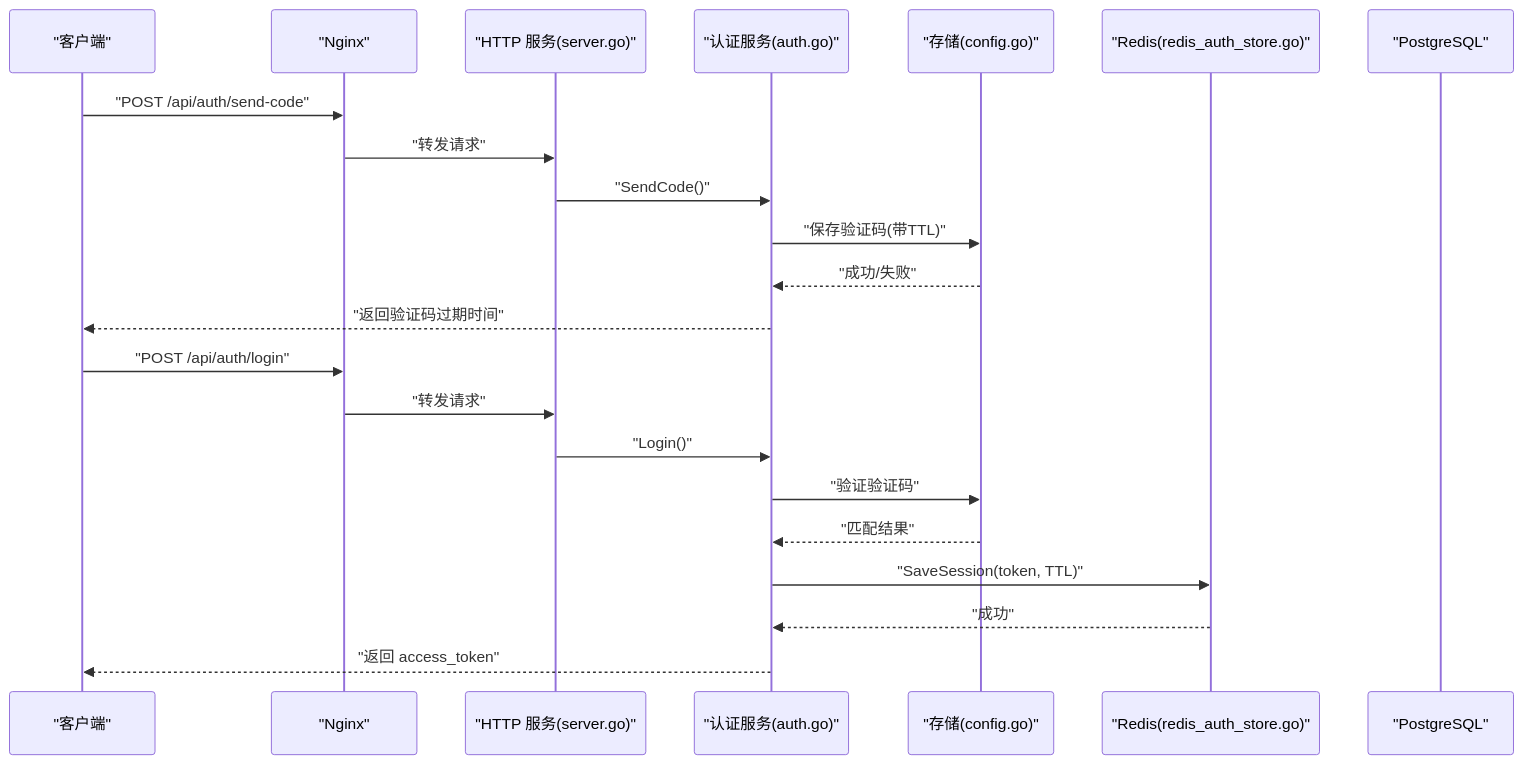
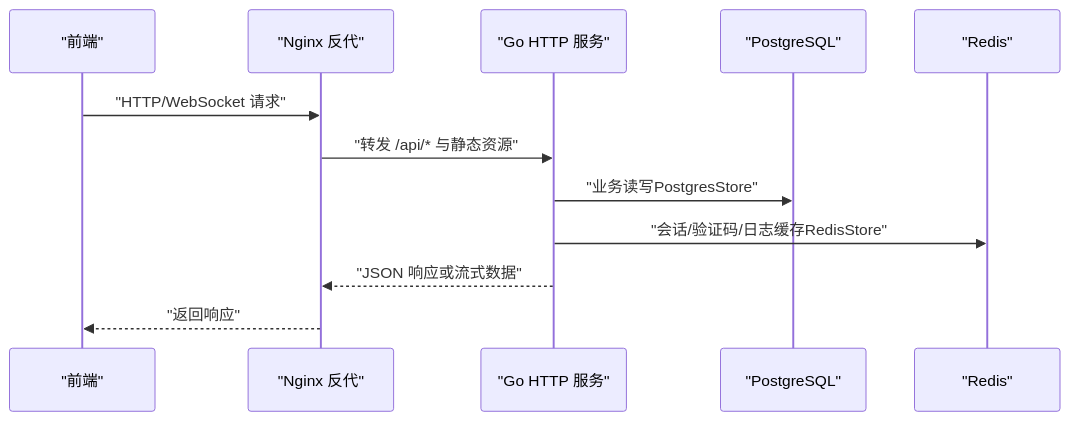
The second of 6 diagrams in .qoder/repowiki/zh/content/部署指南/生产环境部署/性能调优与安全加固.md (alvinwangzi/goodhr), drawn with Mermaid before and after one commit. The commit also changed other lines of this file and 149 other files, not shown here.

````diff
--- a/.qoder/repowiki/zh/content/部署指南/生产环境部署/性能调优与安全加固.md
+++ b/.qoder/repowiki/zh/content/部署指南/生产环境部署/性能调优与安全加固.md
@@ -79,24 +81,14 @@
 ```mermaid
 sequenceDiagram
-participant Client as "客户端"
-participant Nginx as "Nginx"
-participant API as "HTTP 服务(server.go)"
-participant Auth as "认证服务(auth.go)"
-participant Store as "存储(config.go)"
-participant Redis as "Redis(redis_auth_store.go)"
+participant FE as "前端"
+participant NGINX as "Nginx 反代"
+participant API as "Go HTTP 服务"
 participant DB as "PostgreSQL"
-Client->>Nginx : "POST /api/auth/send-code"
-Nginx->>API : "转发请求"
-API->>Auth : "SendCode()"
-Auth->>Store : "保存验证码(带TTL)"
-Store-->>Auth : "成功/失败"
-Auth-->>Client : "返回验证码过期时间"
-Client->>Nginx : "POST /api/auth/login"
-Nginx->>API : "转发请求"
-API->>Auth : "Login()"
-Auth->>Store : "验证验证码"
-Store-->>Auth : "匹配结果"
-Auth->>Redis : "SaveSession(token, TTL)"
-Redis-->>Auth : "成功"
-Auth-->>Client : "返回 access_token"
+participant R as "Redis"
+FE->>NGINX : "HTTP/WebSocket 请求"
+NGINX->>API : "转发 /api/* 与静态资源"
+API->>DB : "业务读写PostgresStore"
+API->>R : "会话/验证码/日志缓存RedisStore"
+API-->>NGINX : "JSON 响应或流式数据"
+NGINX-->>FE : "返回响应"
 ```
````
